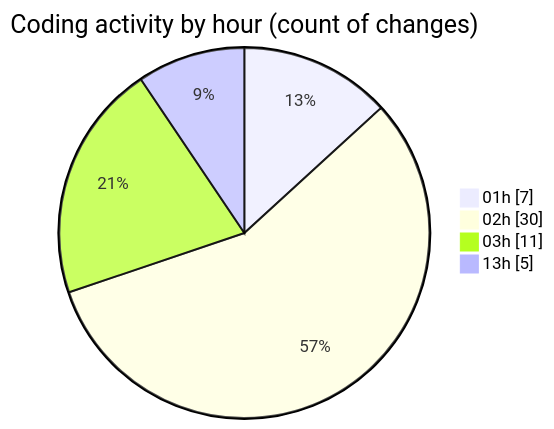
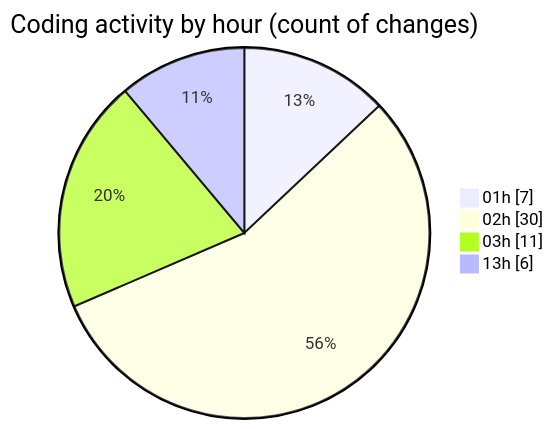
Before and after one commit to Ritupan-Deka/code-tracking: the second of 2 diagrams in 2025-01-24/projects/README.md, drawn with Mermaid. The commit also changed other lines of this file and 1 other file, not shown here.

````diff
--- a/2025-01-24/projects/README.md
+++ b/2025-01-24/projects/README.md
@@ -39,8 +39,8 @@
 ```mermaid
 pie showData
 title Coding activity by hour (count of changes)
 "01h" : 7
 "02h" : 30
 "03h" : 11
-"13h" : 5
+"13h" : 6
 ```
````
